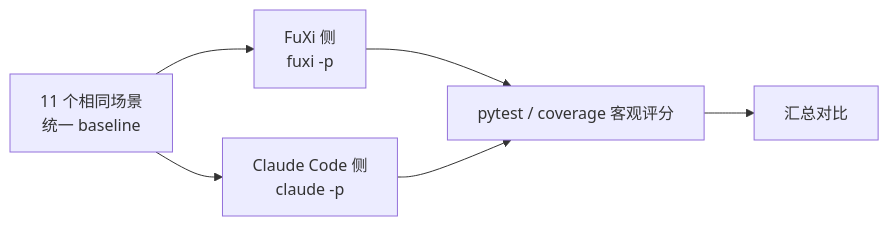
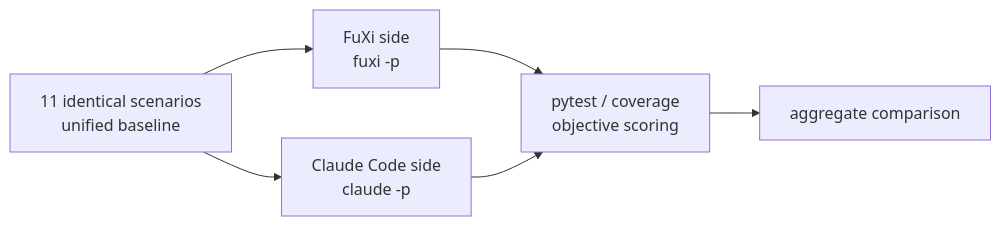
The fourth of 4 diagrams in benchmark/REPORT.md (fuxicodex/Fuxi), drawn with Mermaid before and after one commit. The commit also changed other lines of this file and 2 other files, not shown here.

````diff
--- a/benchmark/REPORT.md
+++ b/benchmark/REPORT.md
@@ -147,8 +150,8 @@
 ```mermaid
 flowchart LR
-    A[11 个相同场景<br/>统一 baseline] --> B[FuXi 侧<br/>fuxi -p]
-    A --> C[Claude Code 侧<br/>claude -p]
-    B --> D[pytest / coverage 客观评分]
+    A[11 identical scenarios<br/>unified baseline] --> B[FuXi side<br/>fuxi -p]
+    A --> C[Claude Code side<br/>claude -p]
+    B --> D[pytest / coverage<br/>objective scoring]
     C --> D
-    D --> E[汇总对比]
+    D --> E[aggregate comparison]
 ```
````
